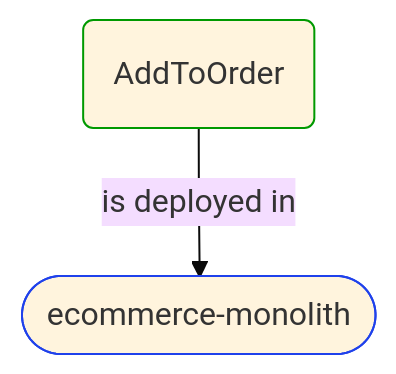
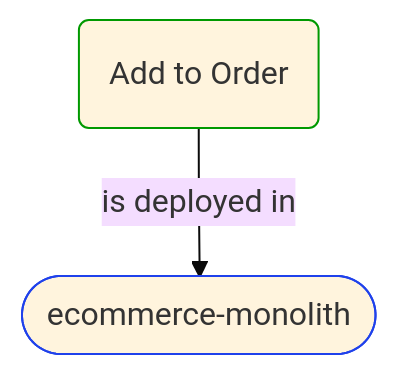
The third of 4 diagrams in Docs/P3/MermaidOutput/Domain/Concepts/Sales/WholesaleOrdering/OrderModification/AddToOrder.md (itlibrium/DDD-starter-dotnet), drawn with Mermaid (base theme) before and after one commit. The commit also changed other lines of this file and 51 other files, not shown here.

````diff
--- a/Docs/P3/MermaidOutput/Domain/Concepts/Sales/WholesaleOrdering/OrderModification/AddToOrder.md
+++ b/Docs/P3/MermaidOutput/Domain/Concepts/Sales/WholesaleOrdering/OrderModification/AddToOrder.md
@@ -59,11 +59,11 @@
 ```mermaid
   flowchart TB
-    0(AddToOrder)
+    0(Add to Order)
     class 0 DomainPerspective
     1([ecommerce-monolith])
     class 1 TechnologyPerspective
     0-->|is deployed in|1
     classDef DomainPerspective stroke:#009900
     classDef TechnologyPerspective stroke:#1F41EB
     classDef PeoplePerspective stroke:#FFF014
 ```
````
